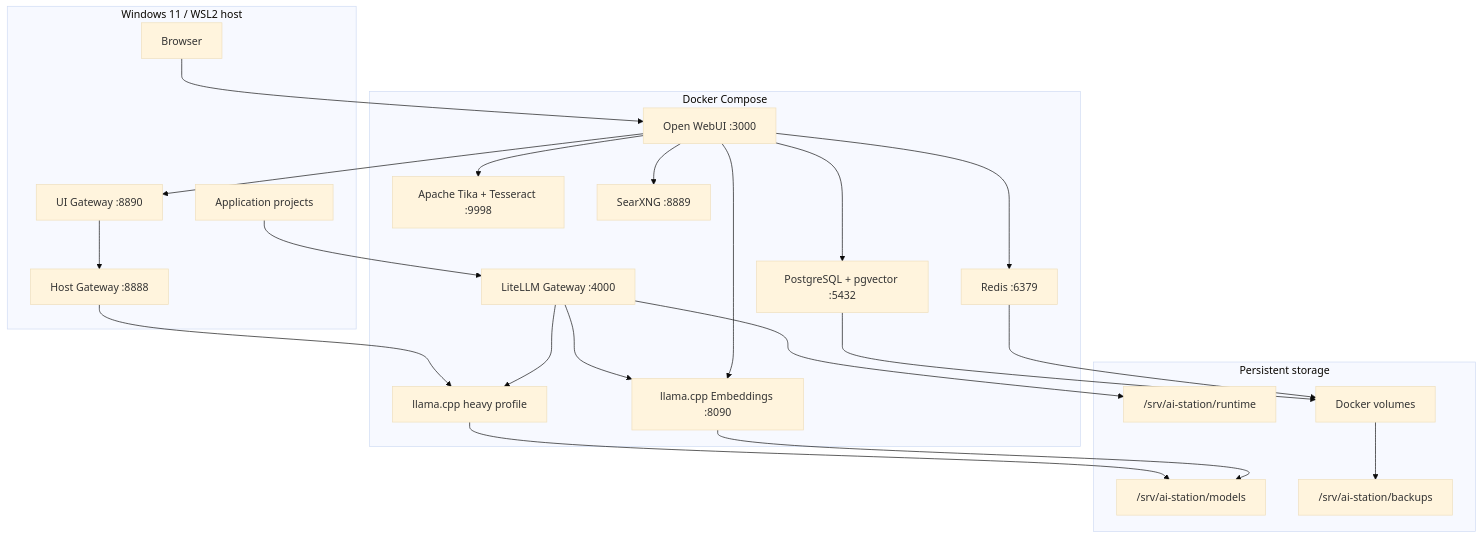
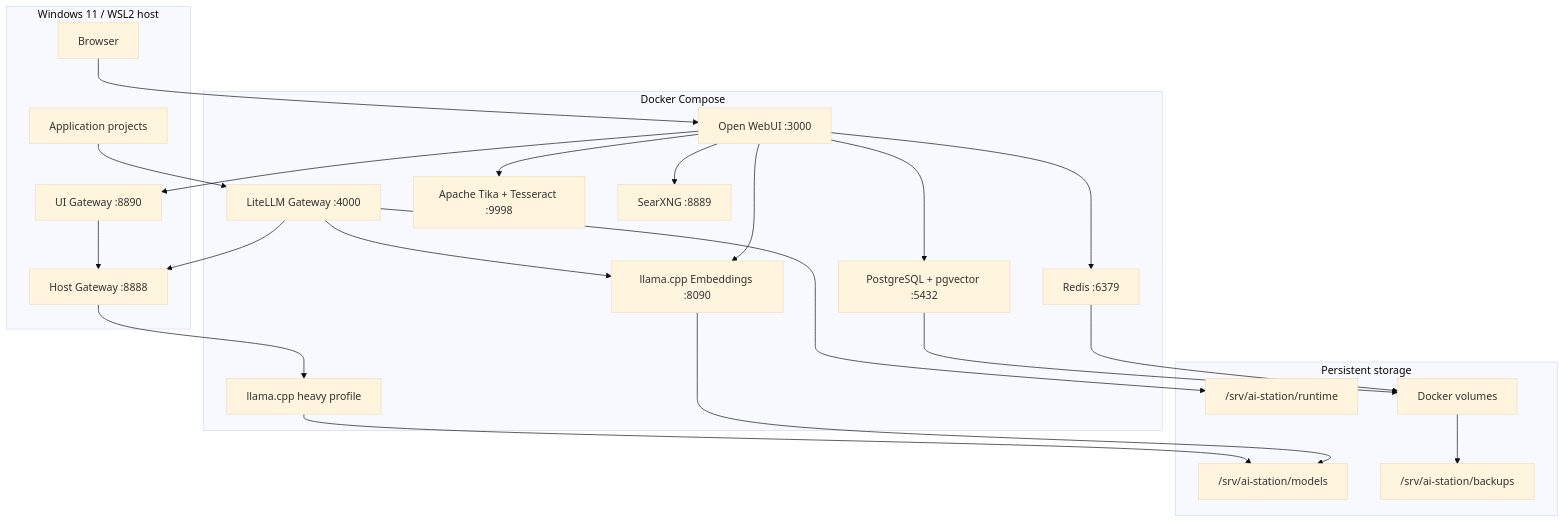
Before and after one commit to Ramtin-Karbaschi/ai-station: the diagram in docs/ARCHITECTURE.md, drawn with Mermaid (base theme). The commit also changed other lines of this file and 145 other files, not shown here.

```diff
--- a/docs/ARCHITECTURE.md
+++ b/docs/ARCHITECTURE.md
@@ -18,48 +18,48 @@
 ~~~mermaid
 flowchart TB
     subgraph Host["Windows 11 / WSL2 host"]
         Browser["Browser"]
         Apps["Application projects"]
         UIGateway["UI Gateway :8890"]
         Gateway["Host Gateway :8888"]
     end
 
     subgraph Docker["Docker Compose"]
         WebUI["Open WebUI :3000"]
         LiteLLM["LiteLLM Gateway :4000"]
         LLM["llama.cpp heavy profile"]
         Embedder["llama.cpp Embeddings :8090"]
         Tika["Apache Tika + Tesseract :9998"]
         Search["SearXNG :8889"]
         Postgres["PostgreSQL + pgvector :5432"]
         Redis["Redis :6379"]
     end
 
     subgraph Storage["Persistent storage"]
         Models["/srv/ai-station/models"]
         Runtime["/srv/ai-station/runtime"]
         Backups["/srv/ai-station/backups"]
         Volumes["Docker volumes"]
     end
 
     Browser --> WebUI
     WebUI --> UIGateway
     UIGateway --> Gateway
     Gateway --> LLM
     Apps --> LiteLLM
-    LiteLLM --> LLM
+    LiteLLM --> Gateway
     LiteLLM --> Embedder
 
     WebUI --> Embedder
     WebUI --> Tika
     WebUI --> Search
     WebUI --> Postgres
     WebUI --> Redis
 
     LLM --> Models
     Embedder --> Models
     Postgres --> Volumes
     Redis --> Volumes
     Volumes --> Backups
     LiteLLM --> Runtime
 ~~~
```
